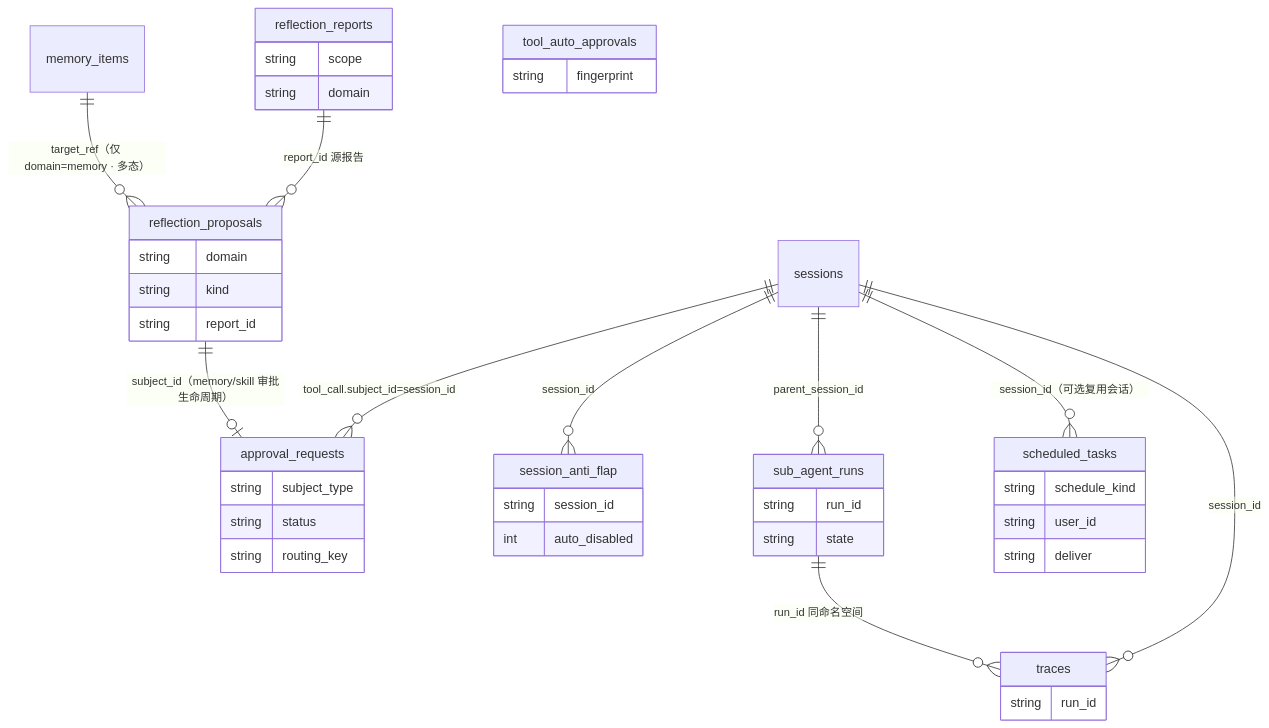
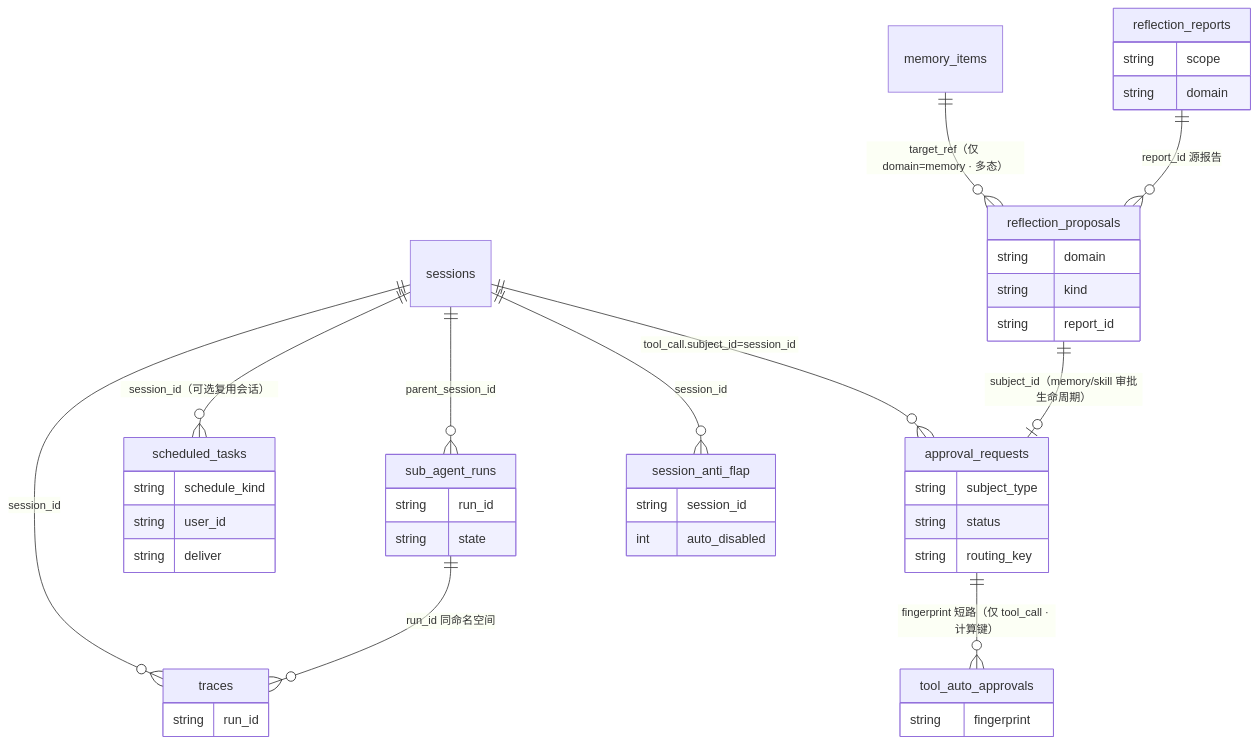
The third of 4 diagrams in docs/architecture/data-model.md (Summy2104/fleetent), drawn with Mermaid before and after one commit.

Commit message:
docs(data-model): restore tool_auto_approvals fingerprint edge in 3.3
The unify redraw left tool_auto_approvals as a floating node — the
fingerprint computed-key edge to tool_call approval_requests (added in
4a5a6fab when it was approval_allowlist) was dropped though note 5 still
describes it. Restore the edge so the diagram matches the prose.

````diff
--- a/docs/architecture/data-model.md
+++ b/docs/architecture/data-model.md
@@ -163,45 +163,46 @@
 ```mermaid
 erDiagram
   sessions ||--o{ approval_requests : "tool_call.subject_id=session_id"
   sessions ||--o{ session_anti_flap : "session_id"
   sessions ||--o{ sub_agent_runs : "parent_session_id"
   sessions ||--o{ scheduled_tasks : "session_id（可选复用会话）"
   sessions ||--o{ traces : "session_id"
   sub_agent_runs ||--o{ traces : "run_id 同命名空间"
   reflection_reports ||--o{ reflection_proposals : "report_id 源报告"
   memory_items ||--o{ reflection_proposals : "target_ref（仅 domain=memory · 多态）"
   reflection_proposals ||--o| approval_requests : "subject_id（memory/skill 审批生命周期）"
+  approval_requests ||--o{ tool_auto_approvals : "fingerprint 短路（仅 tool_call · 计算键）"
   scheduled_tasks {
     string schedule_kind
     string user_id
     string deliver
   }
   traces {
     string run_id
   }
   reflection_reports {
     string scope
     string domain
   }
   reflection_proposals {
     string domain
     string kind
     string report_id
   }
   approval_requests {
     string subject_type
     string status
     string routing_key
   }
   tool_auto_approvals {
     string fingerprint
   }
   session_anti_flap {
     string session_id
     int auto_disabled
   }
   sub_agent_runs {
     string run_id
     string state
   }
 ```
````
